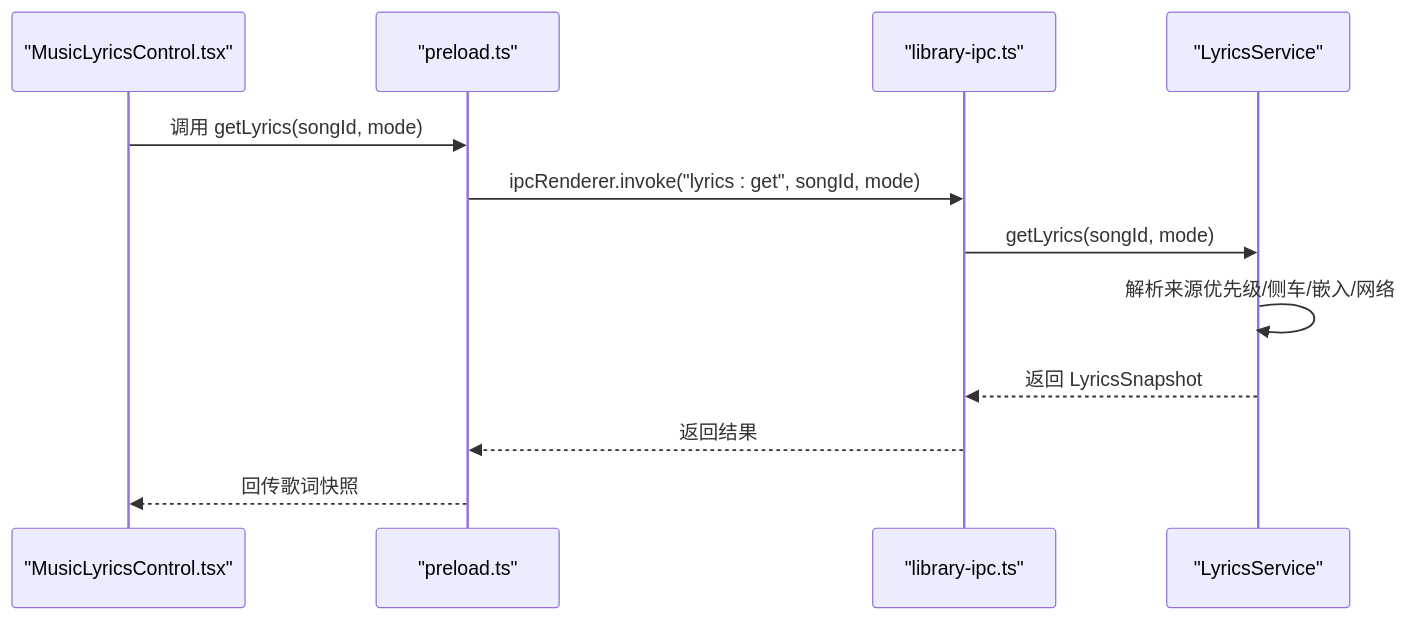
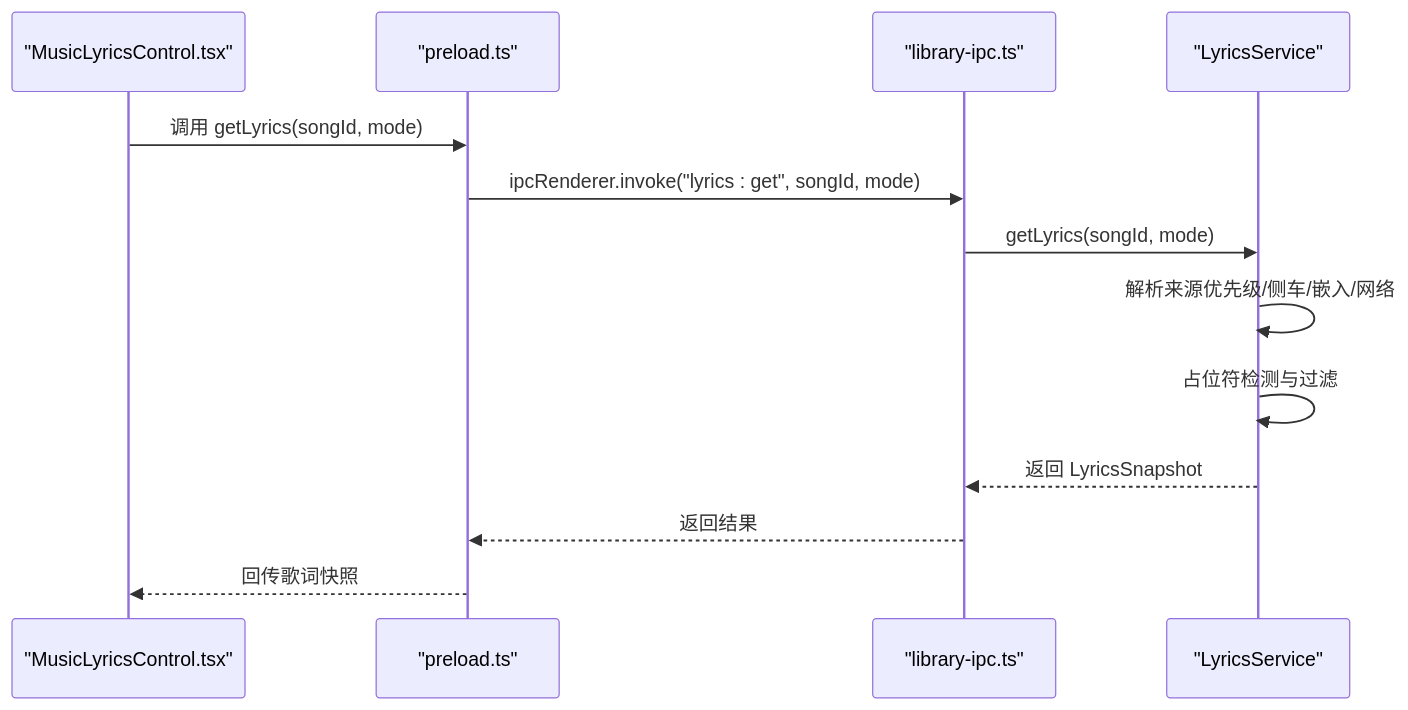
Before and after one commit to SeakyLuo/SMPlayerElectron: the second of 10 diagrams in .qoder/repowiki/zh/content/核心模块/主进程服务模块/歌词服务.md, drawn with Mermaid. The commit also changed other lines of this file and 13 other files, not shown here.

````diff
--- a/.qoder/repowiki/zh/content/核心模块/主进程服务模块/歌词服务.md
+++ b/.qoder/repowiki/zh/content/核心模块/主进程服务模块/歌词服务.md
@@ -92,14 +105,15 @@
 ```mermaid
 sequenceDiagram
 participant UI as "MusicLyricsControl.tsx"
 participant PRE as "preload.ts"
 participant IPC as "library-ipc.ts"
 participant SVC as "LyricsService"
 UI->>PRE : 调用 getLyrics(songId, mode)
 PRE->>IPC : ipcRenderer.invoke("lyrics : get", songId, mode)
 IPC->>SVC : getLyrics(songId, mode)
 SVC->>SVC : 解析来源优先级/侧车/嵌入/网络
+SVC->>SVC : 占位符检测与过滤
 SVC-->>IPC : 返回 LyricsSnapshot
 IPC-->>PRE : 返回结果
 PRE-->>UI : 回传歌词快照
 ```
````
